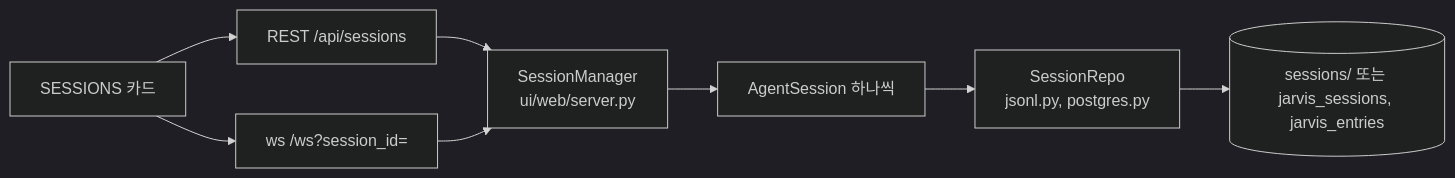
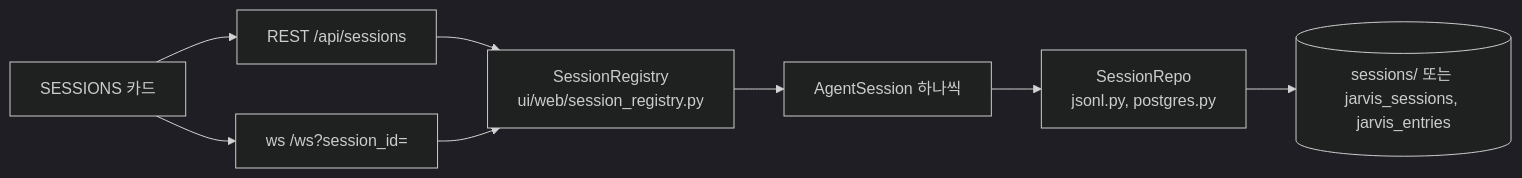
The ninth of 11 diagrams in website/docs/services.md (ash-hun/jarvis-agent), drawn with Mermaid (dark theme) before and after one commit. The commit also changed other lines of this file and 384 other files, not shown here.

````diff
--- a/website/docs/services.md
+++ b/website/docs/services.md
@@ -200,10 +204,10 @@
 ```mermaid
 flowchart LR
   HUD[SESSIONS 카드] --> API["REST /api/sessions"]
   HUD --> WS["ws /ws?session_id="]
-  API --> MGR[SessionManager<br/>ui/web/server.py]
+  API --> MGR[SessionRegistry<br/>ui/web/session_registry.py]
   WS --> MGR
   MGR --> SES[AgentSession 하나씩]
   SES --> REPO[SessionRepo<br/>jsonl.py, postgres.py]
   REPO --> DB[(sessions/ 또는 jarvis_sessions, jarvis_entries)]
 ```
````
